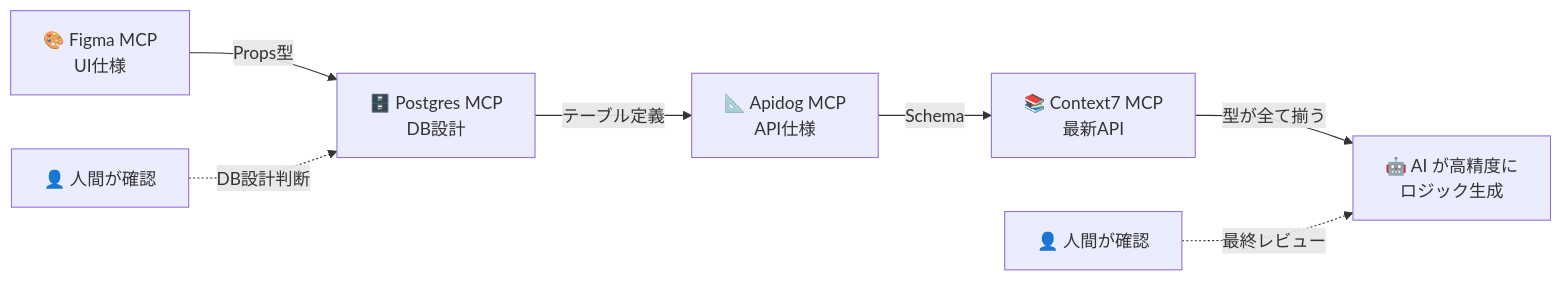
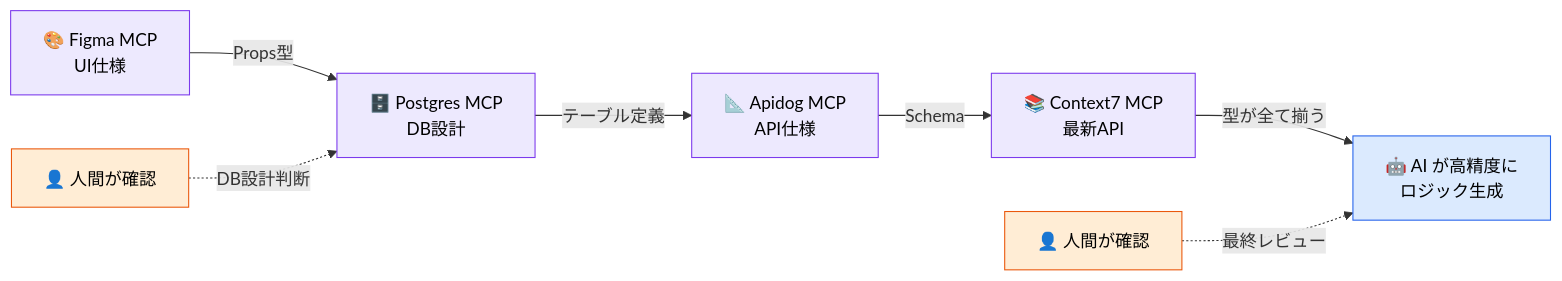
Before and after one commit to takuma39/ai: diagram 11 of 48 in AI駆動開発.md, drawn with Mermaid. The commit also changed other lines of this file, not shown here.

````diff
--- a/AI駆動開発.md
+++ b/AI駆動開発.md
@@ -305,10 +388,18 @@
 ```mermaid
 flowchart LR
     F["🎨 Figma MCP<br/>UI仕様"] -->|Props型| DB["🗄️ Postgres MCP<br/>DB設計"]
     DB -->|テーブル定義| API["📐 Apidog MCP<br/>API仕様"]
     API -->|Schema| C7["📚 Context7 MCP<br/>最新API"]
     C7 -->|型が全て揃う| OUT["🤖 AI が高精度に<br/>ロジック生成"]
 
     H1["👤 人間が確認"] -.->|DB設計判断| DB
     H2["👤 人間が確認"] -.->|最終レビュー| OUT
+
+    style F fill:#ede9fe,stroke:#7c3aed,color:#000
+    style DB fill:#ede9fe,stroke:#7c3aed,color:#000
+    style API fill:#ede9fe,stroke:#7c3aed,color:#000
+    style C7 fill:#ede9fe,stroke:#7c3aed,color:#000
+    style OUT fill:#dbeafe,stroke:#2563eb,color:#000
+    style H1 fill:#ffedd5,stroke:#ea580c,color:#000
+    style H2 fill:#ffedd5,stroke:#ea580c,color:#000
 ```
````
